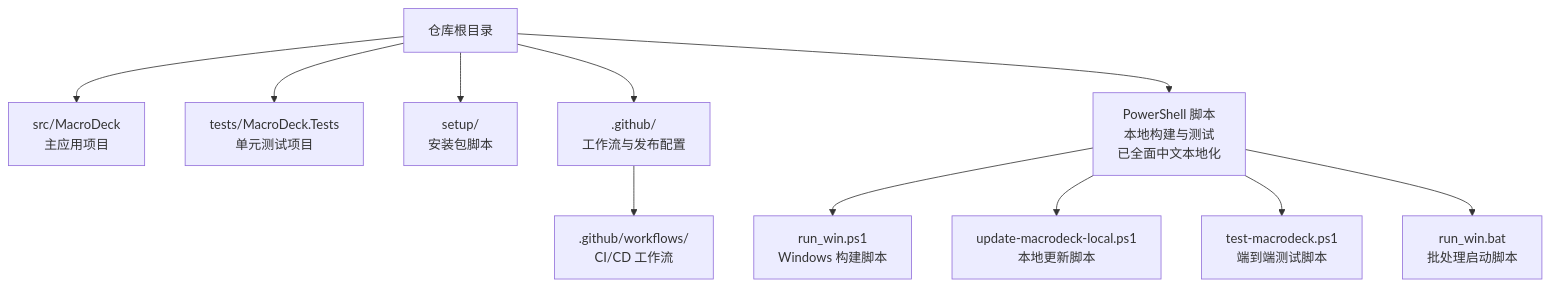
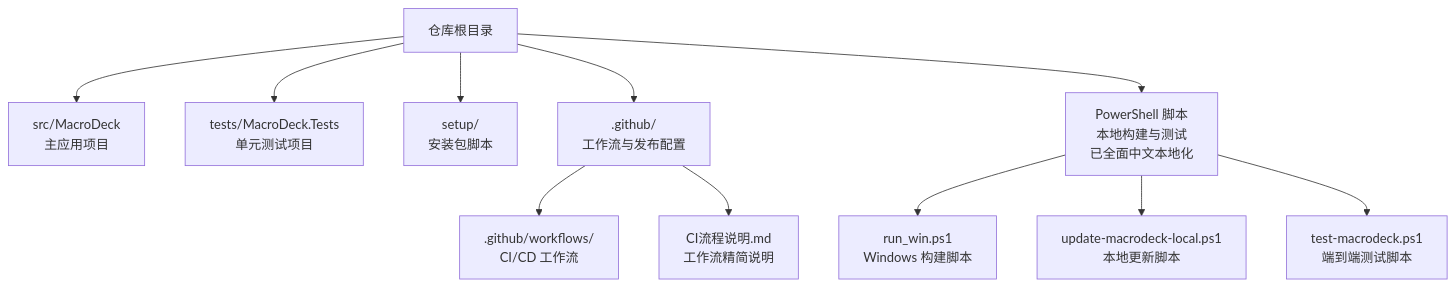
The first of 5 diagrams in .qoder/repowiki/zh/content/开发者指南/开发者指南.md (tea4go/Macro-Deck), drawn with Mermaid before and after one commit. The commit also changed other lines of this file and 63 other files, not shown here.

````diff
--- a/.qoder/repowiki/zh/content/开发者指南/开发者指南.md
+++ b/.qoder/repowiki/zh/content/开发者指南/开发者指南.md
@@ -63,24 +64,24 @@
 ```mermaid
 graph TB
 Root["仓库根目录"]
 Src["src/MacroDeck<br/>主应用项目"]
 Tests["tests/MacroDeck.Tests<br/>单元测试项目"]
 Setup["setup/<br/>安装包脚本"]
 GH[".github/<br/>工作流与发布配置"]
 PS["PowerShell 脚本<br/>本地构建与测试<br/>已全面中文本地化"]
 RunWin["run_win.ps1<br/>Windows 构建脚本"]
 UpdateLocal["update-macrodeck-local.ps1<br/>本地更新脚本"]
 TestScript["test-macrodeck.ps1<br/>端到端测试脚本"]
-RunBat["run_win.bat<br/>批处理启动脚本"]
 GHWF[".github/workflows/<br/>CI/CD 工作流"]
+CIInfo["CI流程说明.md<br/>工作流精简说明"]
 Root --> Src
 Root --> Tests
 Root --> Setup
 Root --> GH
 Root --> PS
 PS --> RunWin
 PS --> UpdateLocal
 PS --> TestScript
-PS --> RunBat
 GH --> GHWF
+GH --> CIInfo
 ```
````
